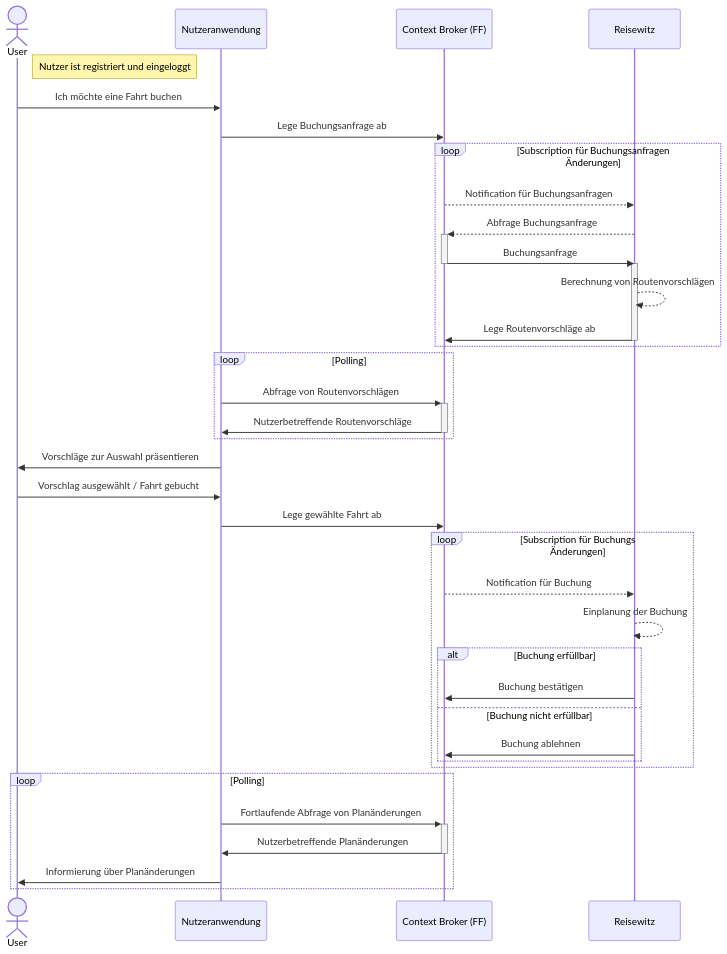
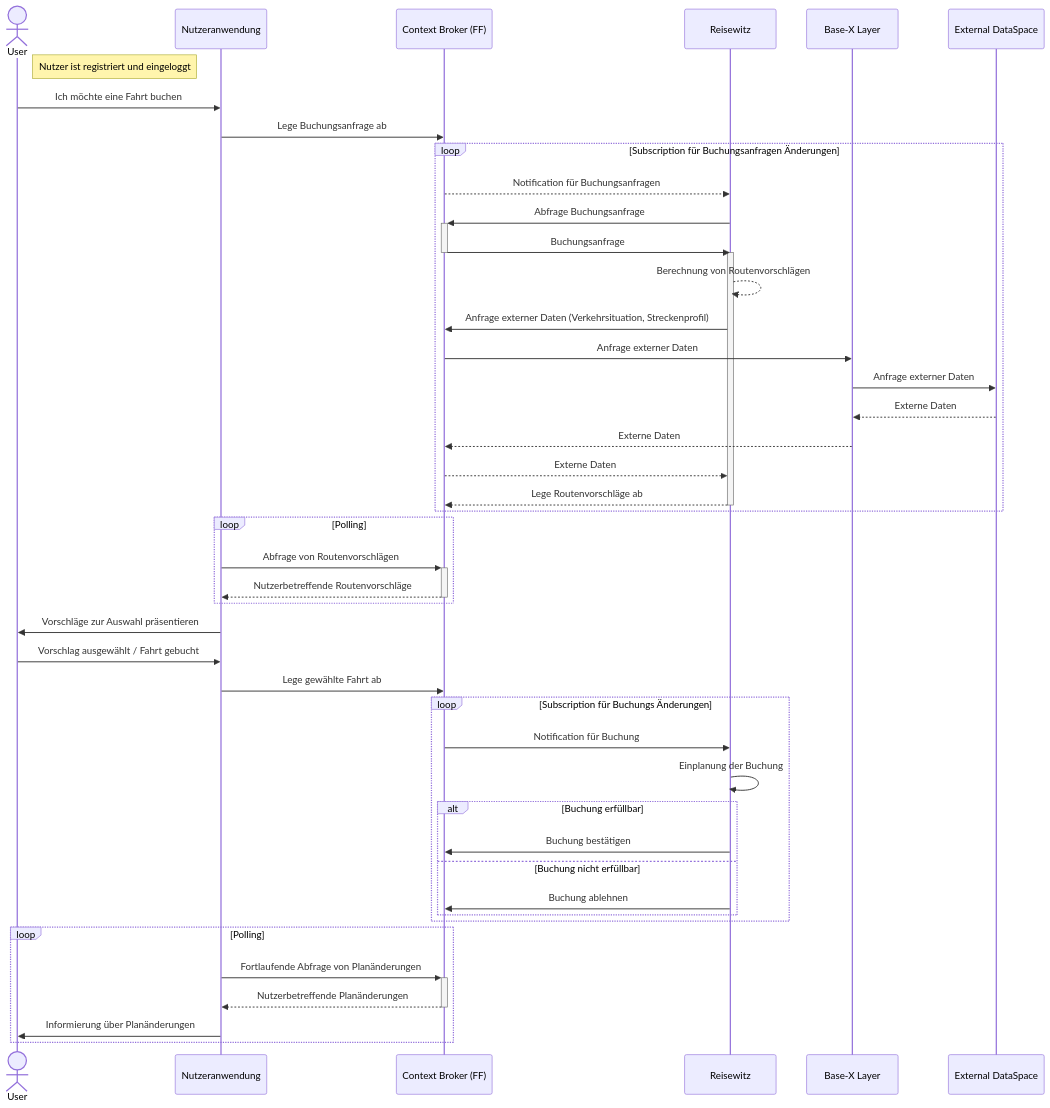
The diagram in README.md (NeMo-bil/documentation), drawn with Mermaid before and after one commit.

````diff
--- a/README.md
+++ b/README.md
@@ -8,52 +8,61 @@
 ```mermaid
 sequenceDiagram
 %% auskommentieren wenn wir Details zur Kommunikation aufschreiben
 %% autonumber
 %% Benutzer definieren
 actor User
 %% technische Teilnehmer/Componenten definieren
 participant App as Nutzeranwendung
 participant CB as Context Broker (FF)
 participant RW as Reisewitz
+participant BX as Base-X Layer
+participant EXDS as External DataSpace
 
 Note right of User: Nutzer ist registriert und eingeloggt
 User->>App: Ich möchte eine Fahrt buchen
 App->>CB: Lege Buchungsanfrage ab
 loop Subscription für Buchungsanfragen Änderungen
 CB-->>RW: Notification für Buchungsanfragen
-RW-->>+CB: Abfrage Buchungsanfrage
+RW->>+CB: Abfrage Buchungsanfrage
 
 CB->>-RW: Buchungsanfrage
 
-
 activate RW
 RW-->>RW: Berechnung von Routenvorschlägen
-RW->>CB: Lege Routenvorschläge ab
+%% Abfrage von Streckenprofil in gegebenem Bereich -> Abgleich des ermittelten Energiebedarfs/Zielzeit
+RW->>CB:Anfrage externer Daten (Verkehrsituation, Streckenprofil)
+CB->>BX:Anfrage externer Daten 
+BX->>EXDS: Anfrage externer Daten 
+EXDS-->>BX: Externe Daten 
+BX-->>CB: Externe Daten 
+CB-->>RW: Externe Daten 
+
+RW-->>CB: Lege Routenvorschläge ab
 deactivate RW
 end
 
 loop Polling
 App->>+CB: Abfrage von Routenvorschlägen
-CB->>-App: Nutzerbetreffende Routenvorschläge
+CB-->>-App: Nutzerbetreffende Routenvorschläge
 end
 
 App->>User: Vorschläge zur Auswahl präsentieren
 User->>App: Vorschlag ausgewählt / Fahrt gebucht
 App->>CB: Lege gewählte Fahrt ab
 
 loop Subscription für Buchungs Änderungen
-CB-->>RW: Notification für Buchung
-RW-->>RW: Einplanung der Buchung
+CB->>RW: Notification für Buchung
+RW->>RW: Einplanung der Buchung
     alt Buchung erfüllbar
             RW->>CB:  Buchung bestätigen
     else Buchung nicht erfüllbar
             RW->>CB:  Buchung ablehnen
     end
 end
 
 loop Polling
 App->>+CB: Fortlaufende Abfrage von Planänderungen
-CB->>-App: Nutzerbetreffende Planänderungen
+CB-->>-App: Nutzerbetreffende Planänderungen
 App->>User: Informierung über Planänderungen
 end
 ```
````
